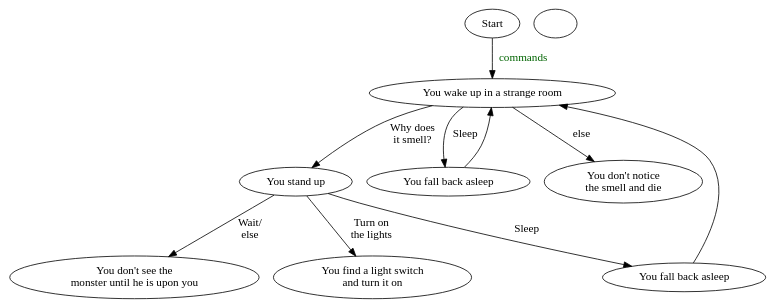
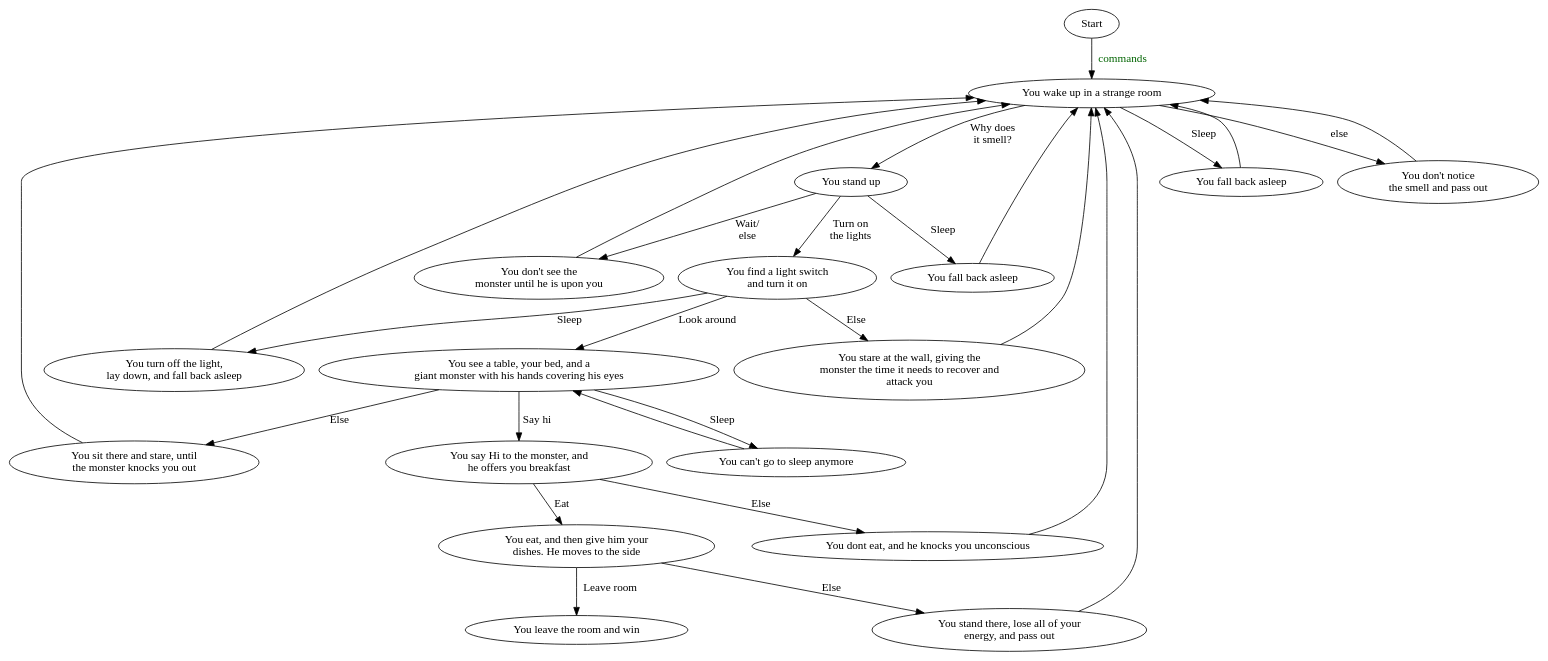
One commit to FezManIsHere/Cook_7_journals changed the diagram in Carter.dot. Above: the diagram before and after it, drawn with Graphviz. The commit also changed 1 other file, not shown here.

```diff
--- a/Carter.dot
+++ b/Carter.dot
@@ -1,27 +1,60 @@
 digraph sample_map {
 A [label="Start"]  //node B
 B [label="You wake up in a strange room"] //node E
 
+A->B [label="commands", fontcolor=darkgreen ]
+
 C [label="You stand up"]
 D [label="You fall back asleep"]
-E [label="You don't notice\nthe smell and die"]
+E [label="You don't notice\nthe smell and pass out"]
+
+B->C [label="Why does\nit smell?"]
+B->D [label="Sleep"]
+B->E [label="else"]
+D -> B
+E -> B
 
 F [label="You don't see the\nmonster until he is upon you"]
 G [label="You find a light switch\nand turn it on"]
 H [label="You fall back asleep"]
 
-I [label=""]
-
-
-A->B [label="commands", fontcolor=darkgreen ]
-
-B->C [label="Why does\nit smell?"]
-B->D [label="Sleep"]
-B->E [label="else"]
-D -> B
-
 C->F [label="Wait/\nelse"]
 C->H [label="Sleep"]
 C->G [label="Turn on\nthe lights"]
 H -> B
+F -> B
+
+I [label="You see a table, your bed, and a\ngiant monster with his hands covering his eyes"]
+J [label="You turn off the light,\nlay down, and fall back asleep"]
+K [label="You stare at the wall, giving the\nmonster the time it needs to recover and\nattack you"]
+
+G -> I [label="Look around"]
+G -> J [label="Sleep"]
+G -> K [label="Else"]
+J -> B
+K -> B
+
+L [label="You say Hi to the monster, and\nhe offers you breakfast"]
+M [label="You can't go to sleep anymore"]
+N [label="You sit there and stare, until\nthe monster knocks you out"]
+
+I -> L [label="Say hi"]
+I -> M [label="Sleep"]
+I -> N [label="Else"]
+N -> B
+M -> I
+
+O [label="You eat, and then give him your\ndishes. He moves to the side"]
+P [label="You dont eat, and he knocks you unconscious"]
+
+L -> O [label="Eat"]
+L -> P [label="Else"]
+P -> B
+
+Q [label="You leave the room and win"]
+R [label="You stand there, lose all of your\nenergy, and pass out"]
+
+O -> Q [label="Leave room"]
+O -> R [label="Else"]
+R -> B
 }
```
